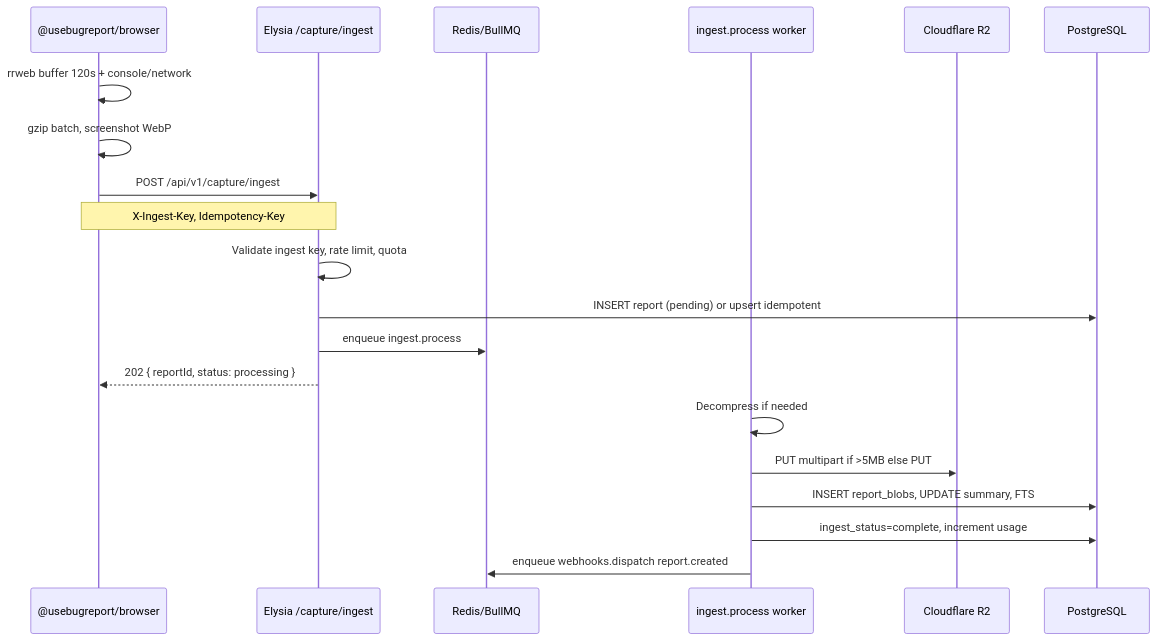
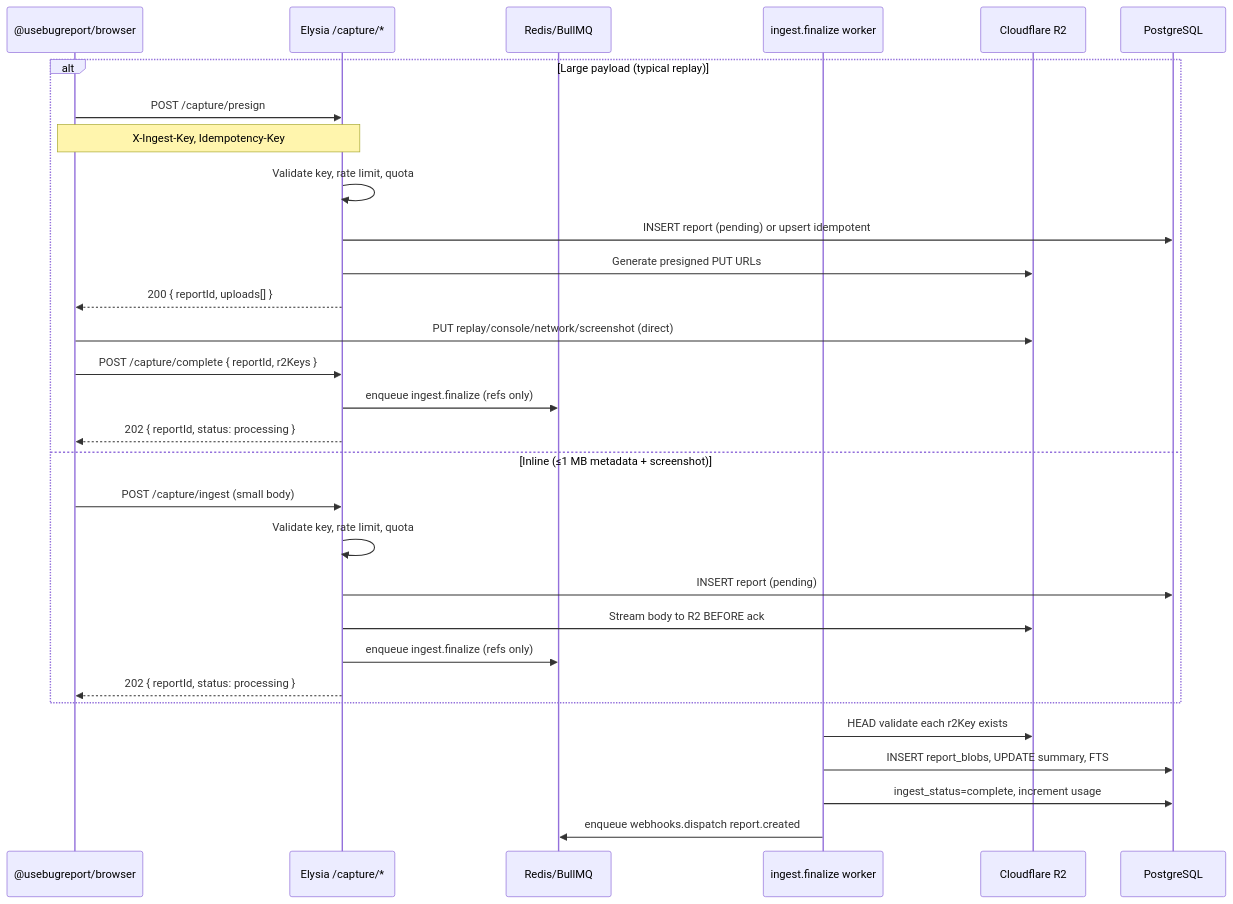
Before and after one commit to Milkywayrules/usebugreport: the third of 4 diagrams in _bmad-output/planning-artifacts/architecture-usebugreport-2026-07-20/architecture.md, drawn with Mermaid. The commit also changed other lines of this file and 5 other files, not shown here.

````diff
--- a/_bmad-output/planning-artifacts/architecture-usebugreport-2026-07-20/architecture.md
+++ b/_bmad-output/planning-artifacts/architecture-usebugreport-2026-07-20/architecture.md
@@ -377,23 +416,33 @@
 ```mermaid
 sequenceDiagram
   participant SDK as @usebugreport/browser
-  participant API as Elysia /capture/ingest
+  participant API as Elysia /capture/*
   participant Redis as Redis/BullMQ
-  participant Worker as ingest.process worker
+  participant Worker as ingest.finalize worker
   participant R2 as Cloudflare R2
   participant PG as PostgreSQL
 
-  SDK->>SDK: rrweb buffer 120s + console/network
-  SDK->>SDK: gzip batch, screenshot WebP
-  SDK->>API: POST /api/v1/capture/ingest
-  Note over SDK,API: X-Ingest-Key, Idempotency-Key
-  API->>API: Validate ingest key, rate limit, quota
-  API->>PG: INSERT report (pending) or upsert idempotent
-  API->>Redis: enqueue ingest.process
-  API-->>SDK: 202 { reportId, status: processing }
-  Worker->>Worker: Decompress if needed
-  Worker->>R2: PUT multipart if >5MB else PUT
+  alt Large payload (typical replay)
+    SDK->>API: POST /capture/presign
+    Note over SDK,API: X-Ingest-Key, Idempotency-Key
+    API->>API: Validate key, rate limit, quota
+    API->>PG: INSERT report (pending) or upsert idempotent
+    API->>R2: Generate presigned PUT URLs
+    API-->>SDK: 200 { reportId, uploads[] }
+    SDK->>R2: PUT replay/console/network/screenshot (direct)
+    SDK->>API: POST /capture/complete { reportId, r2Keys }
+    API->>Redis: enqueue ingest.finalize (refs only)
+    API-->>SDK: 202 { reportId, status: processing }
+  else Inline (≤1 MB metadata + screenshot)
+    SDK->>API: POST /capture/ingest (small body)
+    API->>API: Validate key, rate limit, quota
+    API->>PG: INSERT report (pending)
+    API->>R2: Stream body to R2 BEFORE ack
+    API->>Redis: enqueue ingest.finalize (refs only)
+    API-->>SDK: 202 { reportId, status: processing }
+  end
+  Worker->>R2: HEAD validate each r2Key exists
   Worker->>PG: INSERT report_blobs, UPDATE summary, FTS
   Worker->>PG: ingest_status=complete, increment usage
   Worker->>Redis: enqueue webhooks.dispatch report.created
 ```
````
